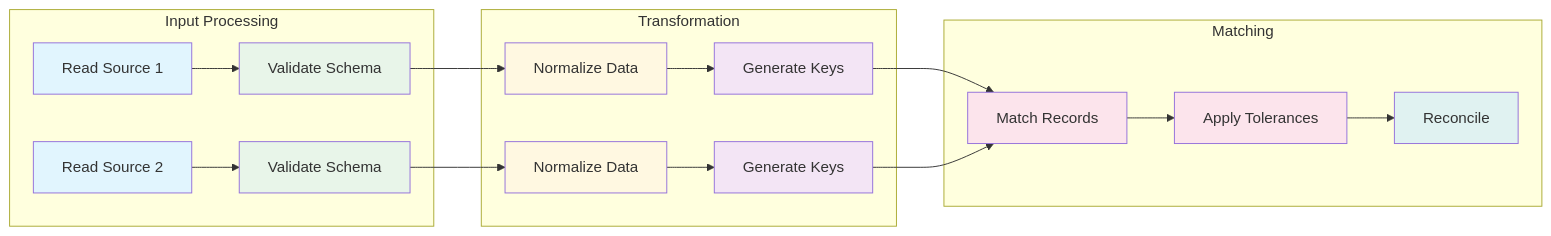
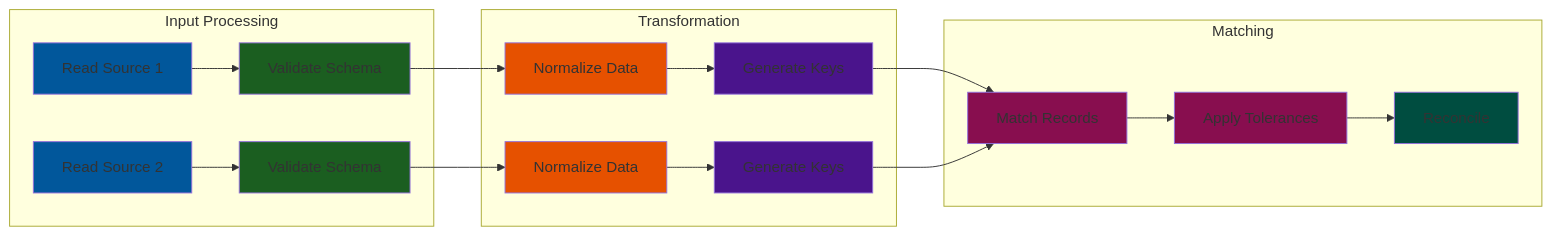
The second of 3 diagrams in README.MD (tomshannon1/reconciliation-engine), drawn with Mermaid before and after one commit. The commit also changed other lines of this file, not shown here.

Commit message:
mermaid colors

````diff
--- a/README.MD
+++ b/README.MD
@@ -79,45 +79,45 @@
 ```mermaid
 graph LR
     subgraph "Input Processing"
         I1[Read Source 1]
         I2[Read Source 2]
         V1[Validate Schema]
         V2[Validate Schema]
     end
 
     subgraph "Transformation"
         N1[Normalize Data]
         N2[Normalize Data]
         K1[Generate Keys]
         K2[Generate Keys]
     end
 
     subgraph "Matching"
         M1[Match Records]
         T1[Apply Tolerances]
         R1[Reconcile]
     end
 
     I1 --> V1
     I2 --> V2
     V1 --> N1
     V2 --> N2
     N1 --> K1
     N2 --> K2
     K1 --> M1
     K2 --> M1
     M1 --> T1
     T1 --> R1
 
-    style I1 fill:#E1F5FE
-    style I2 fill:#E1F5FE
-    style V1 fill:#E8F5E9
-    style V2 fill:#E8F5E9
-    style N1 fill:#FFF8E1
-    style N2 fill:#FFF8E1
-    style K1 fill:#F3E5F5
-    style K2 fill:#F3E5F5
-    style M1 fill:#FCE4EC
-    style T1 fill:#FCE4EC
-    style R1 fill:#E0F2F1
+    style I1 fill:#01579B
+    style I2 fill:#01579B
+    style V1 fill:#1B5E20
+    style V2 fill:#1B5E20
+    style N1 fill:#E65100
+    style N2 fill:#E65100
+    style K1 fill:#4A148C
+    style K2 fill:#4A148C
+    style M1 fill:#880E4F
+    style T1 fill:#880E4F
+    style R1 fill:#004D40
 ```
````
